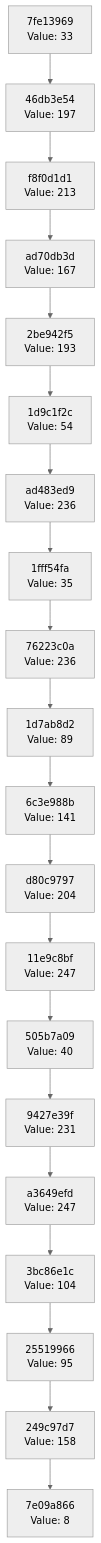
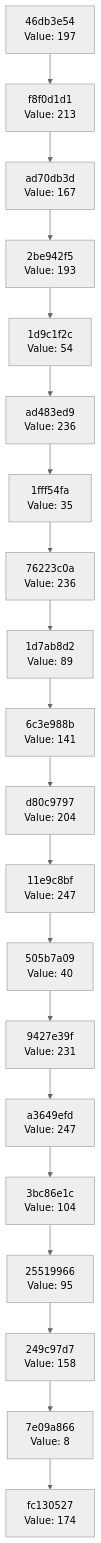
The diagram in docs/CHAIN_VISUALIZATION.md (Abhisheksinha1506/hash-chain-evolver), drawn with Mermaid (neutral theme) before and after one commit. The commit also changed 2 other files, not shown here.

Commit message:
Evolution step: hash 0xAE → action executed

````diff
--- a/docs/CHAIN_VISUALIZATION.md
+++ b/docs/CHAIN_VISUALIZATION.md
@@ -3,42 +3,42 @@
 ```mermaid
 graph TD
-    C0["7e09a866<br/>Value: 8"]
-    C1["249c97d7<br/>Value: 158"]
+    C0["fc130527<br/>Value: 174"]
+    C1["7e09a866<br/>Value: 8"]
     C1 --> C0
-    C2["25519966<br/>Value: 95"]
+    C2["249c97d7<br/>Value: 158"]
     C2 --> C1
-    C3["3bc86e1c<br/>Value: 104"]
+    C3["25519966<br/>Value: 95"]
     C3 --> C2
-    C4["a3649efd<br/>Value: 247"]
+    C4["3bc86e1c<br/>Value: 104"]
     C4 --> C3
-    C5["9427e39f<br/>Value: 231"]
+    C5["a3649efd<br/>Value: 247"]
     C5 --> C4
-    C6["505b7a09<br/>Value: 40"]
+    C6["9427e39f<br/>Value: 231"]
     C6 --> C5
-    C7["11e9c8bf<br/>Value: 247"]
+    C7["505b7a09<br/>Value: 40"]
     C7 --> C6
-    C8["d80c9797<br/>Value: 204"]
+    C8["11e9c8bf<br/>Value: 247"]
     C8 --> C7
-    C9["6c3e988b<br/>Value: 141"]
+    C9["d80c9797<br/>Value: 204"]
     C9 --> C8
-    C10["1d7ab8d2<br/>Value: 89"]
+    C10["6c3e988b<br/>Value: 141"]
     C10 --> C9
-    C11["76223c0a<br/>Value: 236"]
+    C11["1d7ab8d2<br/>Value: 89"]
     C11 --> C10
-    C12["1fff54fa<br/>Value: 35"]
+    C12["76223c0a<br/>Value: 236"]
     C12 --> C11
-    C13["ad483ed9<br/>Value: 236"]
+    C13["1fff54fa<br/>Value: 35"]
     C13 --> C12
-    C14["1d9c1f2c<br/>Value: 54"]
+    C14["ad483ed9<br/>Value: 236"]
     C14 --> C13
-    C15["2be942f5<br/>Value: 193"]
+    C15["1d9c1f2c<br/>Value: 54"]
     C15 --> C14
-    C16["ad70db3d<br/>Value: 167"]
+    C16["2be942f5<br/>Value: 193"]
     C16 --> C15
-    C17["f8f0d1d1<br/>Value: 213"]
+    C17["ad70db3d<br/>Value: 167"]
     C17 --> C16
-    C18["46db3e54<br/>Value: 197"]
+    C18["f8f0d1d1<br/>Value: 213"]
     C18 --> C17
-    C19["7fe13969<br/>Value: 33"]
+    C19["46db3e54<br/>Value: 197"]
     C19 --> C18
 ```
````
